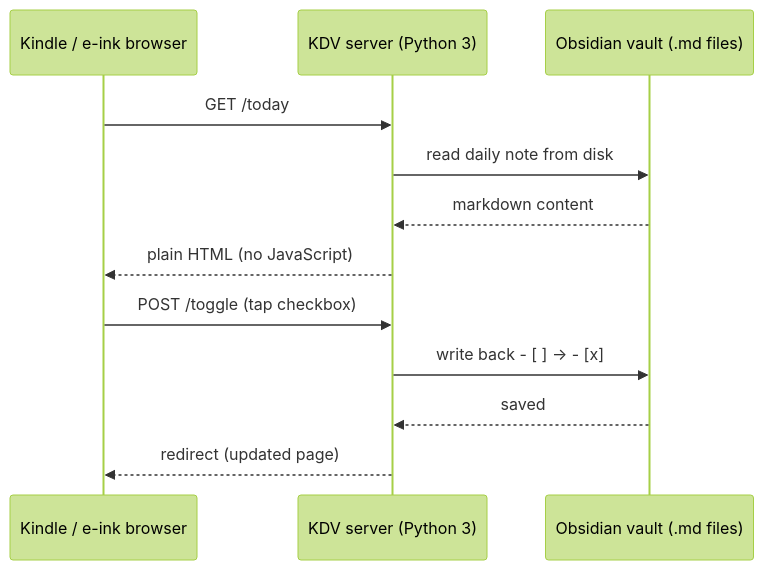
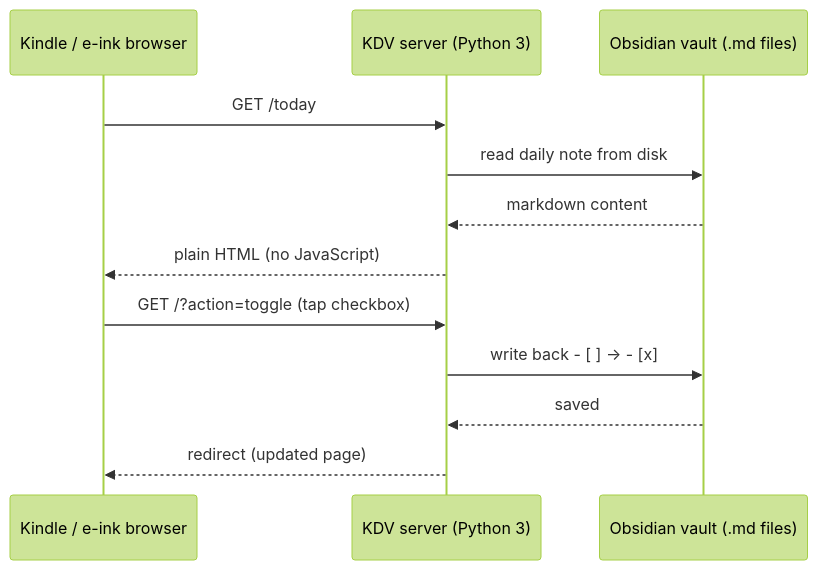
Before and after one commit to xinyun2020/kindle-daily-viewer: the diagram in README.md, drawn with Mermaid (forest theme). The commit also changed other lines of this file and 4 other files, not shown here.

````diff
--- a/README.md
+++ b/README.md
@@ -85,14 +103,14 @@
 ```mermaid
 sequenceDiagram
     participant K as Kindle / e-ink browser
     participant S as KDV server (Python 3)
     participant V as Obsidian vault (.md files)
     K->>S: GET /today
     S->>V: read daily note from disk
     V-->>S: markdown content
     S-->>K: plain HTML (no JavaScript)
-    K->>S: POST /toggle (tap checkbox)
+    K->>S: GET /?action=toggle (tap checkbox)
     S->>V: write back - [ ] → - [x]
     V-->>S: saved
     S-->>K: redirect (updated page)
 ```
````
